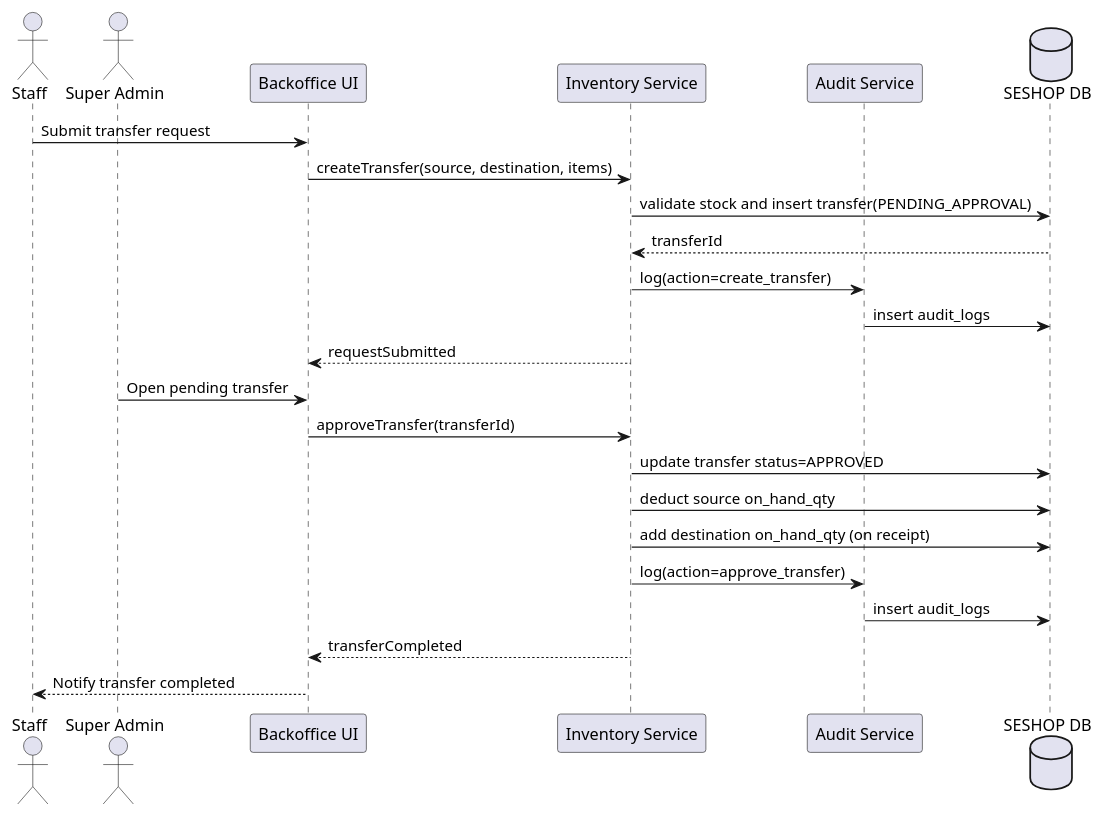
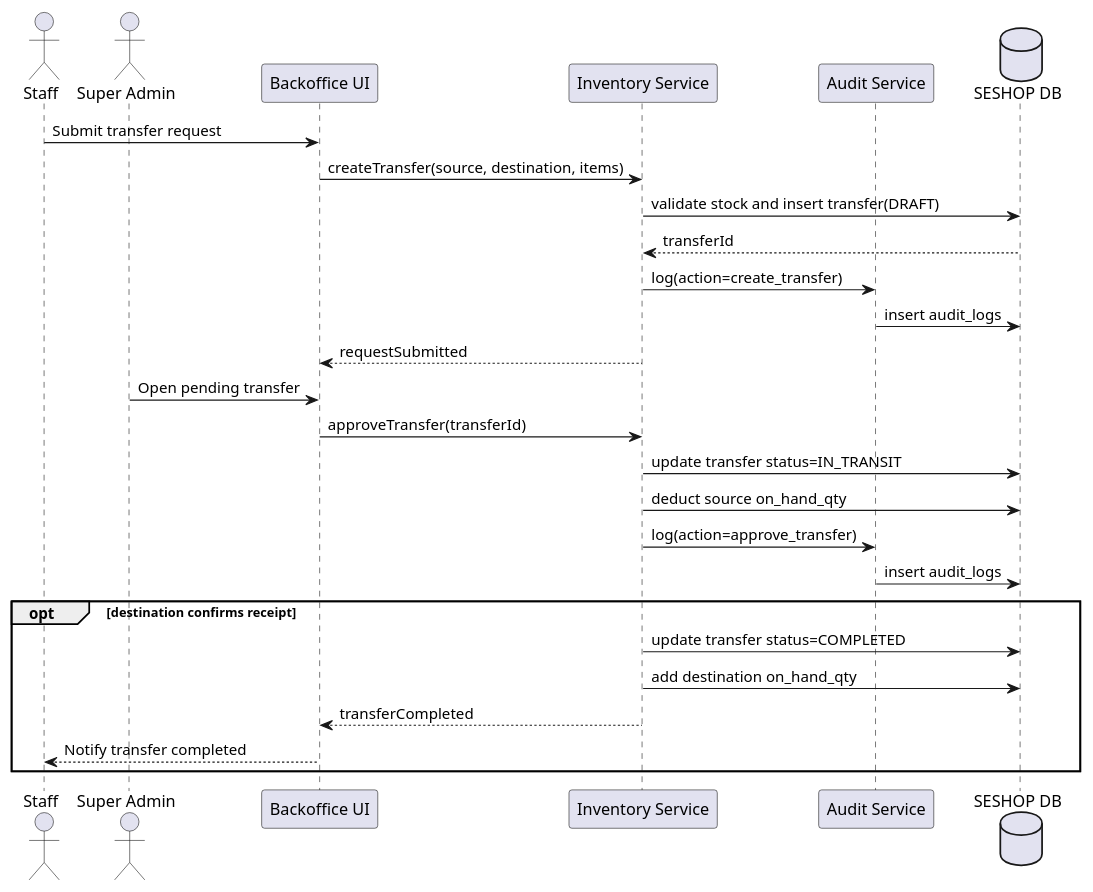
One commit to dieuxuanhien/SeShop changed the diagram in docs/2. Diagrams/sequence/stock-transfer-approval.puml. Above: the diagram before and after it, drawn with PlantUML. The commit also changed 23 other files, not shown here.

```diff
--- a/docs/2. Diagrams/sequence/stock-transfer-approval.puml
+++ b/docs/2. Diagrams/sequence/stock-transfer-approval.puml
@@ -1,26 +1,30 @@
 @startuml
 actor Staff
 actor "Super Admin" as Admin
 participant "Backoffice UI" as UI
 participant "Inventory Service" as IS
 participant "Audit Service" as AS
 database "SESHOP DB" as DB
 
 Staff -> UI: Submit transfer request
 UI -> IS: createTransfer(source, destination, items)
-IS -> DB: validate stock and insert transfer(PENDING_APPROVAL)
+IS -> DB: validate stock and insert transfer(DRAFT)
 DB --> IS: transferId
 IS -> AS: log(action=create_transfer)
 AS -> DB: insert audit_logs
 IS --> UI: requestSubmitted
 
 Admin -> UI: Open pending transfer
 UI -> IS: approveTransfer(transferId)
-IS -> DB: update transfer status=APPROVED
+IS -> DB: update transfer status=IN_TRANSIT
 IS -> DB: deduct source on_hand_qty
-IS -> DB: add destination on_hand_qty (on receipt)
 IS -> AS: log(action=approve_transfer)
 AS -> DB: insert audit_logs
-IS --> UI: transferCompleted
-UI --> Staff: Notify transfer completed
+
+opt destination confirms receipt
+	IS -> DB: update transfer status=COMPLETED
+	IS -> DB: add destination on_hand_qty
+	IS --> UI: transferCompleted
+	UI --> Staff: Notify transfer completed
+end
 @enduml
```
